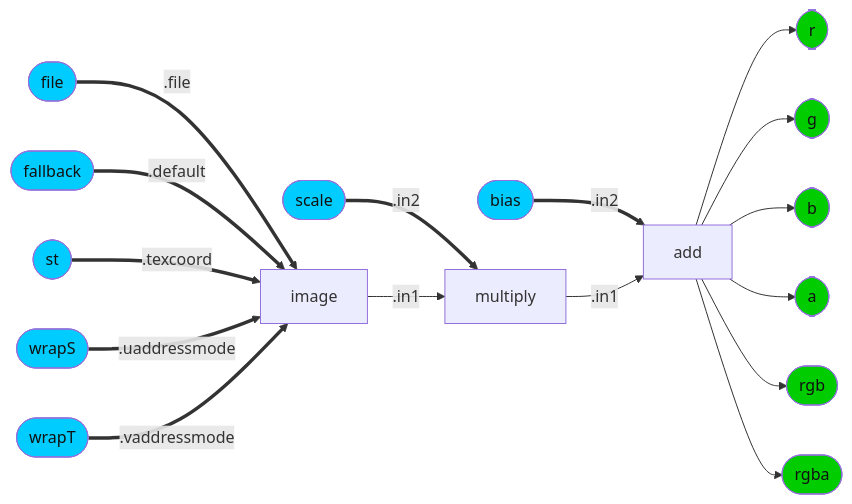
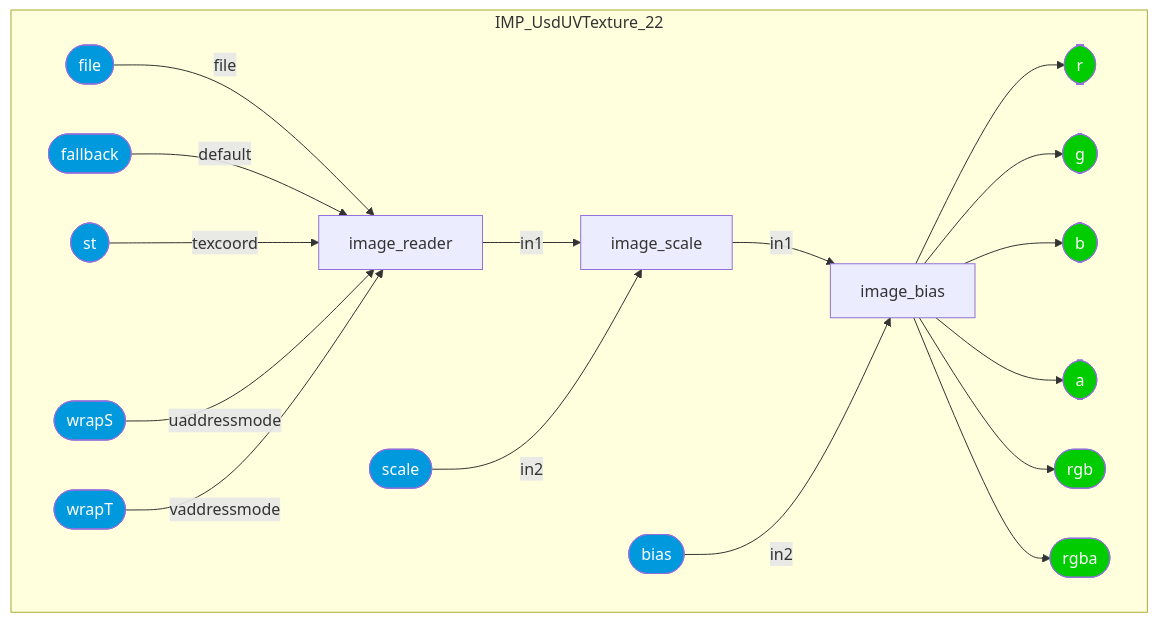
One commit to kwokcb/MaterialX_Learn changed diagram 13 of 36 in documents/definitions/bxdf_doc.md. Above: the diagram before and after it, drawn with Mermaid. The commit also changed other lines of this file and 1015 other files, not shown here.

````diff
--- a/documents/definitions/bxdf_doc.md
+++ b/documents/definitions/bxdf_doc.md
@@ -1700,32 +2158,49 @@
 ```mermaid
-graph LR; 
-    IMP_UsdUVTexture_22_image_bias[add] --> IMP_UsdUVTexture_22_r([r])
-    style IMP_UsdUVTexture_22_r fill:#0C0, color:#111
-    IMP_UsdUVTexture_22_biasINT([bias]) ==.in2==> IMP_UsdUVTexture_22_image_bias[add]
-    style IMP_UsdUVTexture_22_biasINT fill:#0CF, color:#111
-    IMP_UsdUVTexture_22_image_scale[multiply] --".in1"--> IMP_UsdUVTexture_22_image_bias[add]
-    IMP_UsdUVTexture_22_scaleINT([scale]) ==.in2==> IMP_UsdUVTexture_22_image_scale[multiply]
-    style IMP_UsdUVTexture_22_scaleINT fill:#0CF, color:#111
-    IMP_UsdUVTexture_22_image_reader[image] --".in1"--> IMP_UsdUVTexture_22_image_scale[multiply]
-    IMP_UsdUVTexture_22_fileINT([file]) ==.file==> IMP_UsdUVTexture_22_image_reader[image]
-    style IMP_UsdUVTexture_22_fileINT fill:#0CF, color:#111
-    IMP_UsdUVTexture_22_fallbackINT([fallback]) ==.default==> IMP_UsdUVTexture_22_image_reader[image]
-    style IMP_UsdUVTexture_22_fallbackINT fill:#0CF, color:#111
-    IMP_UsdUVTexture_22_stINT([st]) ==.texcoord==> IMP_UsdUVTexture_22_image_reader[image]
-    style IMP_UsdUVTexture_22_stINT fill:#0CF, color:#111
-    IMP_UsdUVTexture_22_wrapSINT([wrapS]) ==.uaddressmode==> IMP_UsdUVTexture_22_image_reader[image]
-    style IMP_UsdUVTexture_22_wrapSINT fill:#0CF, color:#111
-    IMP_UsdUVTexture_22_wrapTINT([wrapT]) ==.vaddressmode==> IMP_UsdUVTexture_22_image_reader[image]
-    style IMP_UsdUVTexture_22_wrapTINT fill:#0CF, color:#111
-    IMP_UsdUVTexture_22_image_bias[add] --> IMP_UsdUVTexture_22_g([g])
-    style IMP_UsdUVTexture_22_g fill:#0C0, color:#111
-    IMP_UsdUVTexture_22_image_bias[add] --> IMP_UsdUVTexture_22_b([b])
-    style IMP_UsdUVTexture_22_b fill:#0C0, color:#111
-    IMP_UsdUVTexture_22_image_bias[add] --> IMP_UsdUVTexture_22_a([a])
-    style IMP_UsdUVTexture_22_a fill:#0C0, color:#111
-    IMP_UsdUVTexture_22_image_bias[add] --> IMP_UsdUVTexture_22_rgb([rgb])
-    style IMP_UsdUVTexture_22_rgb fill:#0C0, color:#111
-    IMP_UsdUVTexture_22_image_bias[add] --> IMP_UsdUVTexture_22_rgba([rgba])
-    style IMP_UsdUVTexture_22_rgba fill:#0C0, color:#111
-
+graph TB
+    subgraph IMP_UsdUVTexture_22
+    IMP_UsdUVTexture_22_image_reader[image_reader]
+    IMP_UsdUVTexture_22_image_scale[image_scale]
+    IMP_UsdUVTexture_22_image_bias[image_bias]
+    style IMP_UsdUVTexture_22_r  fill:#0C0, color:#FFF
+    IMP_UsdUVTexture_22_r([r])
+    style IMP_UsdUVTexture_22_g  fill:#0C0, color:#FFF
+    IMP_UsdUVTexture_22_g([g])
+    style IMP_UsdUVTexture_22_b  fill:#0C0, color:#FFF
+    IMP_UsdUVTexture_22_b([b])
+    style IMP_UsdUVTexture_22_a  fill:#0C0, color:#FFF
+    IMP_UsdUVTexture_22_a([a])
+    style IMP_UsdUVTexture_22_rgb  fill:#0C0, color:#FFF
+    IMP_UsdUVTexture_22_rgb([rgb])
+    style IMP_UsdUVTexture_22_rgba  fill:#0C0, color:#FFF
+    IMP_UsdUVTexture_22_rgba([rgba])
+    style IMP_UsdUVTexture_22_file  fill:#09D, color:#FFF
+    IMP_UsdUVTexture_22_file([file])
+    style IMP_UsdUVTexture_22_fallback  fill:#09D, color:#FFF
+    IMP_UsdUVTexture_22_fallback([fallback])
+    style IMP_UsdUVTexture_22_st  fill:#09D, color:#FFF
+    IMP_UsdUVTexture_22_st([st])
+    style IMP_UsdUVTexture_22_wrapS  fill:#09D, color:#FFF
+    IMP_UsdUVTexture_22_wrapS([wrapS])
+    style IMP_UsdUVTexture_22_wrapT  fill:#09D, color:#FFF
+    IMP_UsdUVTexture_22_wrapT([wrapT])
+    style IMP_UsdUVTexture_22_scale  fill:#09D, color:#FFF
+    IMP_UsdUVTexture_22_scale([scale])
+    style IMP_UsdUVTexture_22_bias  fill:#09D, color:#FFF
+    IMP_UsdUVTexture_22_bias([bias])
+    end
+    IMP_UsdUVTexture_22_file --"file"--> IMP_UsdUVTexture_22_image_reader
+    IMP_UsdUVTexture_22_fallback --"default"--> IMP_UsdUVTexture_22_image_reader
+    IMP_UsdUVTexture_22_st --"texcoord"--> IMP_UsdUVTexture_22_image_reader
+    IMP_UsdUVTexture_22_wrapS --"uaddressmode"--> IMP_UsdUVTexture_22_image_reader
+    IMP_UsdUVTexture_22_wrapT --"vaddressmode"--> IMP_UsdUVTexture_22_image_reader
+    IMP_UsdUVTexture_22_image_reader --"in1"--> IMP_UsdUVTexture_22_image_scale
+    IMP_UsdUVTexture_22_scale --"in2"--> IMP_UsdUVTexture_22_image_scale
+    IMP_UsdUVTexture_22_image_scale --"in1"--> IMP_UsdUVTexture_22_image_bias
+    IMP_UsdUVTexture_22_bias --"in2"--> IMP_UsdUVTexture_22_image_bias
+    IMP_UsdUVTexture_22_image_bias --> IMP_UsdUVTexture_22_r
+    IMP_UsdUVTexture_22_image_bias --> IMP_UsdUVTexture_22_g
+    IMP_UsdUVTexture_22_image_bias --> IMP_UsdUVTexture_22_b
+    IMP_UsdUVTexture_22_image_bias --> IMP_UsdUVTexture_22_a
+    IMP_UsdUVTexture_22_image_bias --> IMP_UsdUVTexture_22_rgb
+    IMP_UsdUVTexture_22_image_bias --> IMP_UsdUVTexture_22_rgba
 ```
````
